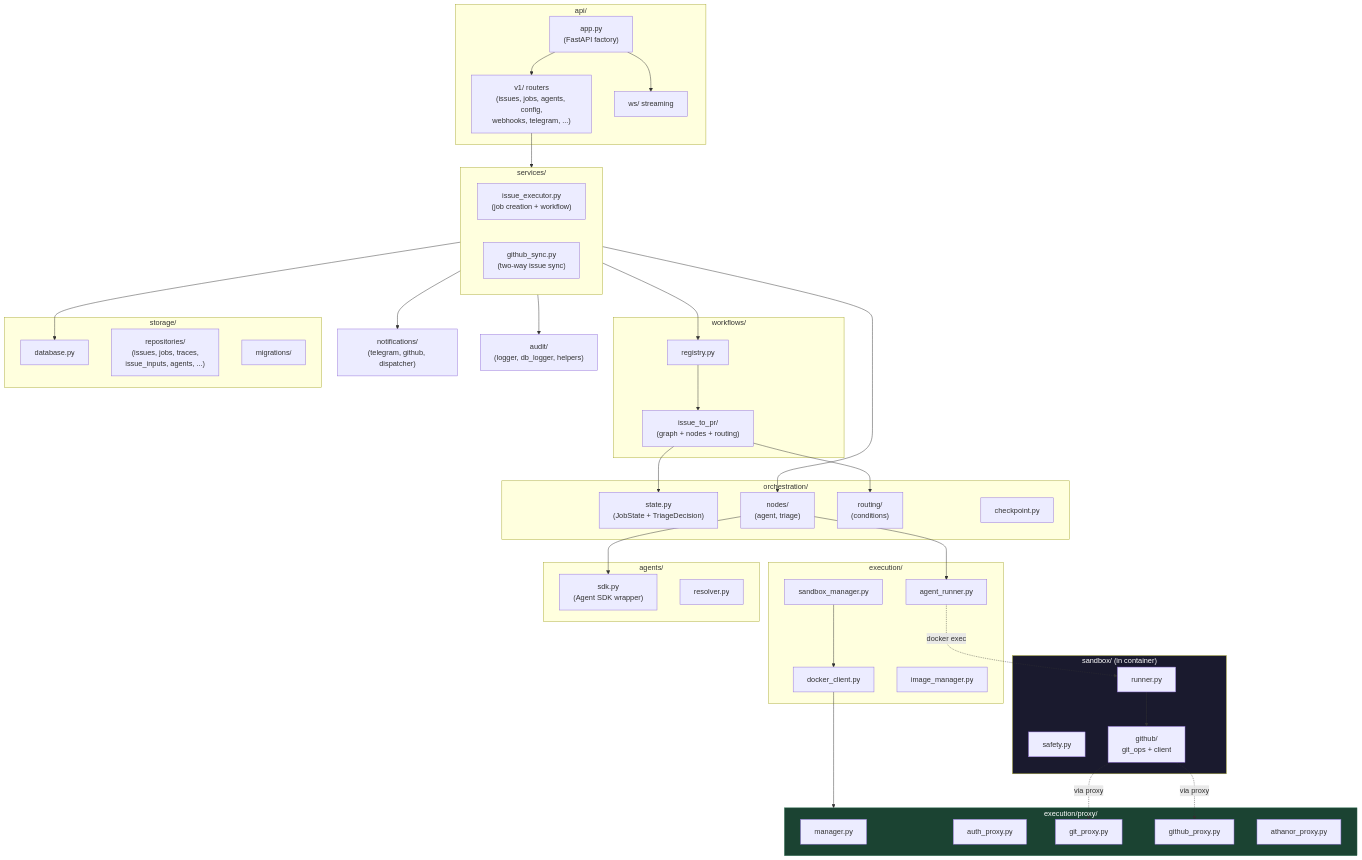
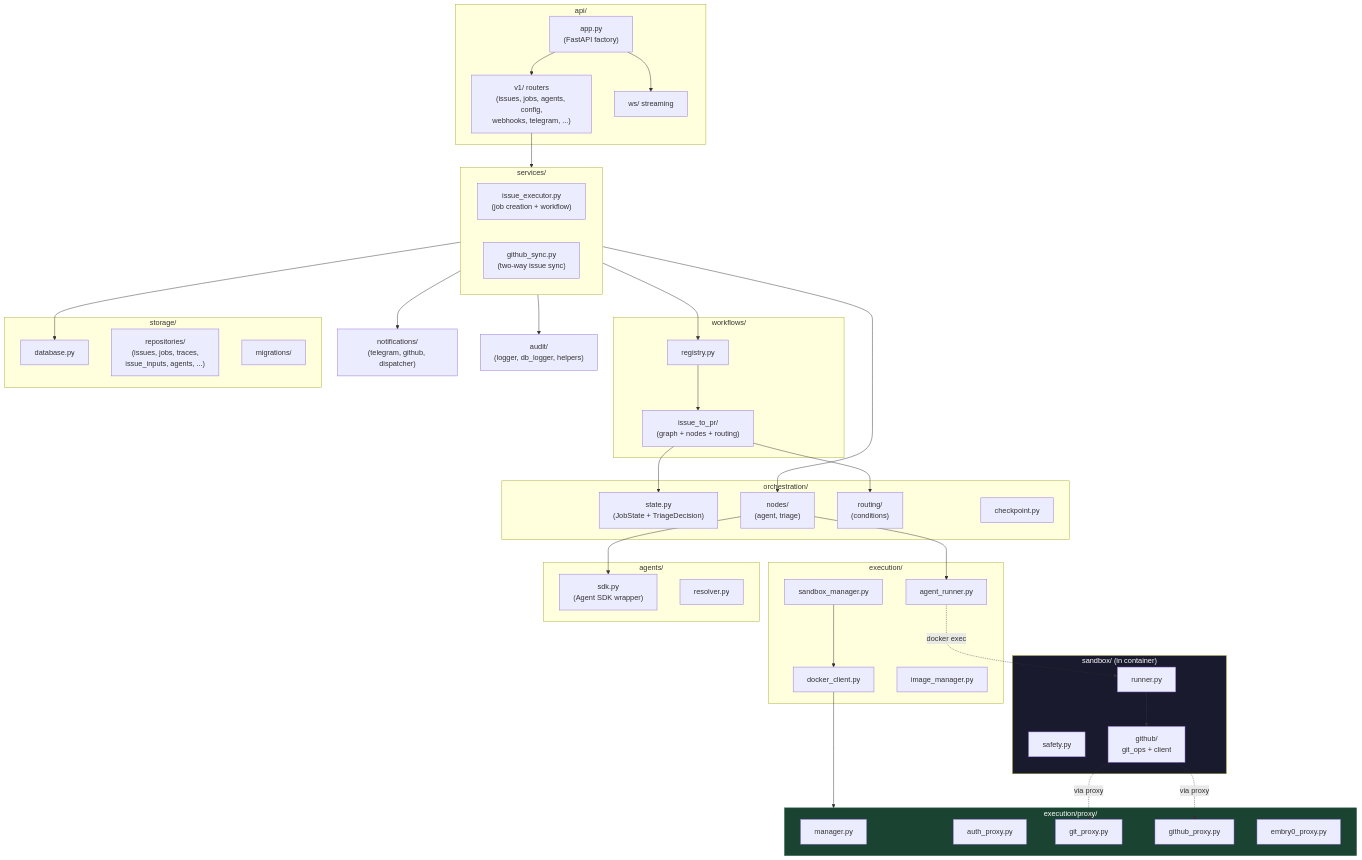
Before and after one commit to sudoTomas/embry0: the tenth of 11 diagrams in docs/architecture.md, drawn with Mermaid. The commit also changed other lines of this file and 8 other files, not shown here.

```diff
--- a/docs/architecture.md
+++ b/docs/architecture.md
@@ -974,7 +974,7 @@
         APR["auth_proxy.py"]
         GPR["git_proxy.py"]
         GHPR["github_proxy.py"]
-        LPR["athanor_proxy.py"]
+        LPR["embry0_proxy.py"]
     end
 
     subgraph Sandbox["sandbox/ (in container)"]
```
